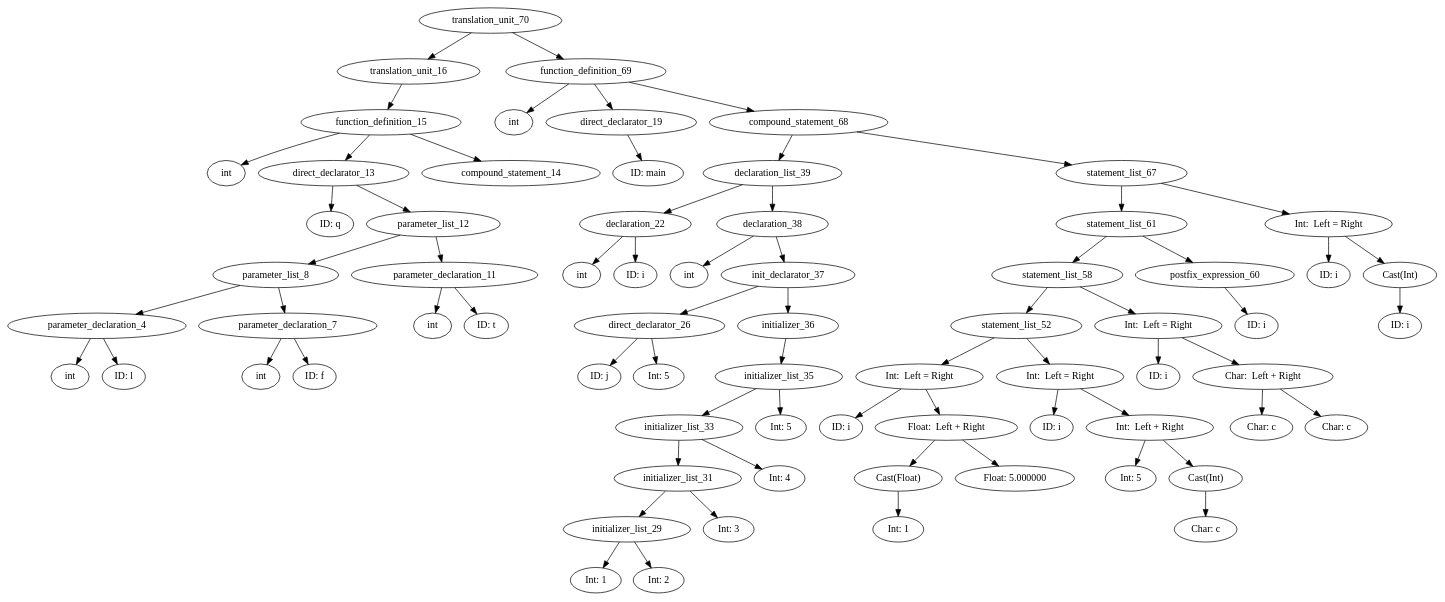
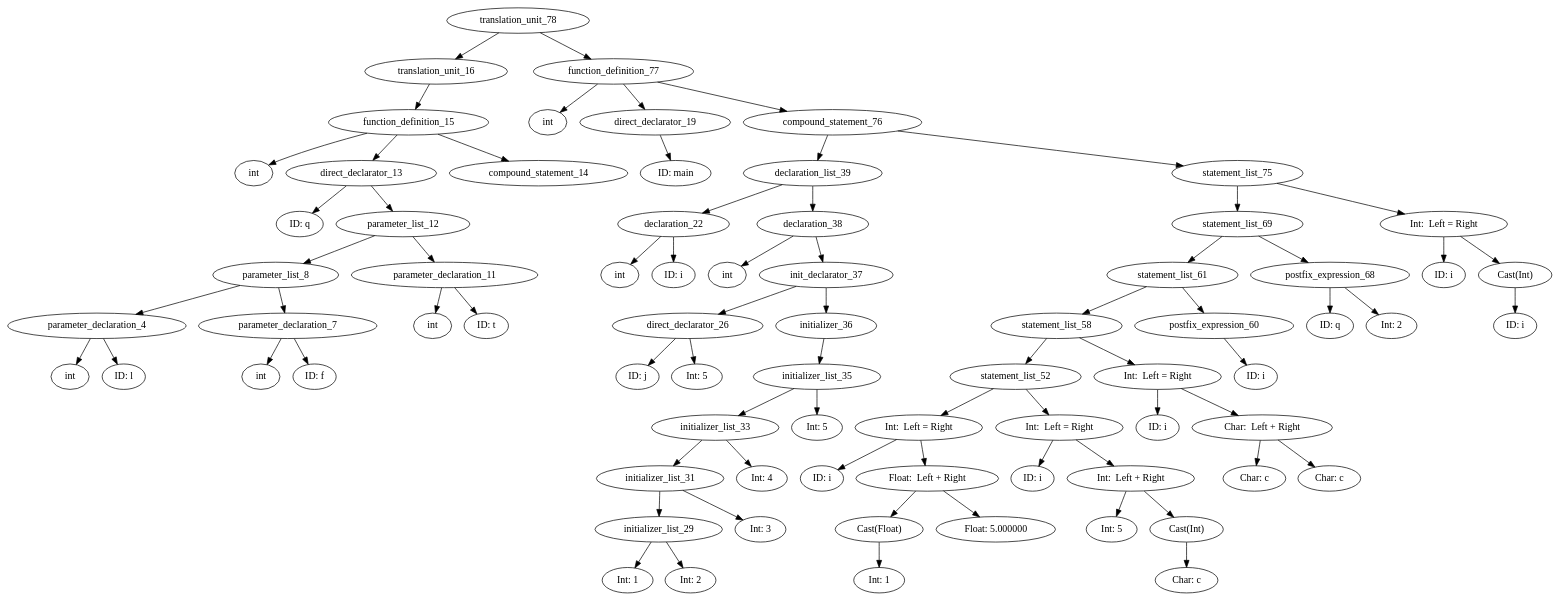
The diagram in graphs/default.gv (ahpalmerUNR/c_compiler), drawn with Graphviz before and after one commit. The commit also changed 2 other files, not shown here.

```diff
--- a/graphs/default.gv
+++ b/graphs/default.gv
@@ -1,113 +1,119 @@
 digraph AST {
-	translation_unit_70 -> translation_unit_16;
+	translation_unit_78 -> translation_unit_16;
 	translation_unit_16 -> function_definition_15;
 	function_definition_15 -> type_specifier_0;
 	type_specifier_0 [label="int"]
 	function_definition_15 -> direct_declarator_13;
 	direct_declarator_13 -> identifier_1;
 	identifier_1 [label="ID: q"]
 	direct_declarator_13 -> parameter_list_12;
 	parameter_list_12 -> parameter_list_8;
 	parameter_list_8 -> parameter_declaration_4;
 	parameter_declaration_4 -> type_specifier_2;
 	type_specifier_2 [label="int"]
 	parameter_declaration_4 -> identifier_3;
 	identifier_3 [label="ID: l"]
 	parameter_list_8 -> parameter_declaration_7;
 	parameter_declaration_7 -> type_specifier_5;
 	type_specifier_5 [label="int"]
 	parameter_declaration_7 -> identifier_6;
 	identifier_6 [label="ID: f"]
 	parameter_list_12 -> parameter_declaration_11;
 	parameter_declaration_11 -> type_specifier_9;
 	type_specifier_9 [label="int"]
 	parameter_declaration_11 -> identifier_10;
 	identifier_10 [label="ID: t"]
 	function_definition_15 -> compound_statement_14;
-	translation_unit_70 -> function_definition_69;
-	function_definition_69 -> type_specifier_17;
+	translation_unit_78 -> function_definition_77;
+	function_definition_77 -> type_specifier_17;
 	type_specifier_17 [label="int"]
-	function_definition_69 -> direct_declarator_19;
+	function_definition_77 -> direct_declarator_19;
 	direct_declarator_19 -> identifier_18;
 	identifier_18 [label="ID: main"]
-	function_definition_69 -> compound_statement_68;
-	compound_statement_68 -> declaration_list_39;
+	function_definition_77 -> compound_statement_76;
+	compound_statement_76 -> declaration_list_39;
 	declaration_list_39 -> declaration_22;
 	declaration_22 -> type_specifier_20;
 	type_specifier_20 [label="int"]
 	declaration_22 -> identifier_21;
 	identifier_21 [label="ID: i"]
 	declaration_list_39 -> declaration_38;
 	declaration_38 -> type_specifier_23;
 	type_specifier_23 [label="int"]
 	declaration_38 -> init_declarator_37;
 	init_declarator_37 -> direct_declarator_26;
 	direct_declarator_26 -> identifier_24;
 	identifier_24 [label="ID: j"]
 	direct_declarator_26 -> constant_25;
 	constant_25 [label="Int: 5"]
 	init_declarator_37 -> initializer_36;
 	initializer_36 -> initializer_list_35;
 	initializer_list_35 -> initializer_list_33;
 	initializer_list_33 -> initializer_list_31;
 	initializer_list_31 -> initializer_list_29;
 	initializer_list_29 -> constant_27;
 	constant_27 [label="Int: 1"]
 	initializer_list_29 -> constant_28;
 	constant_28 [label="Int: 2"]
 	initializer_list_31 -> constant_30;
 	constant_30 [label="Int: 3"]
 	initializer_list_33 -> constant_32;
 	constant_32 [label="Int: 4"]
 	initializer_list_35 -> constant_34;
 	constant_34 [label="Int: 5"]
-	compound_statement_68 -> statement_list_67;
-	statement_list_67 -> statement_list_61;
+	compound_statement_76 -> statement_list_75;
+	statement_list_75 -> statement_list_69;
+	statement_list_69 -> statement_list_61;
 	statement_list_61 -> statement_list_58;
 	statement_list_58 -> statement_list_52;
 	statement_list_52 -> assignment_expression_45;
 	assignment_expression_45 [label="Int:  Left = Right"]
 	assignment_expression_45 -> identifier_40;
 	identifier_40 [label="ID: i"]
 	assignment_expression_45 -> operator_expression_43;
 	operator_expression_43 [label="Float:  Left + Right"]
 	operator_expression_43 -> implicit_cast_44;
 	implicit_cast_44 [label="Cast(Float)"]
 	implicit_cast_44 -> constant_41;
 	constant_41 [label="Int: 1"]
 	operator_expression_43 -> constant_42;
 	constant_42 [label="Float: 5.000000"]
 	statement_list_52 -> assignment_expression_51;
 	assignment_expression_51 [label="Int:  Left = Right"]
 	assignment_expression_51 -> identifier_46;
 	identifier_46 [label="ID: i"]
 	assignment_expression_51 -> operator_expression_49;
 	operator_expression_49 [label="Int:  Left + Right"]
 	operator_expression_49 -> constant_47;
 	constant_47 [label="Int: 5"]
 	operator_expression_49 -> implicit_cast_50;
 	implicit_cast_50 [label="Cast(Int)"]
 	implicit_cast_50 -> constant_48;
 	constant_48 [label="Char: c"]
 	statement_list_58 -> assignment_expression_57;
 	assignment_expression_57 [label="Int:  Left = Right"]
 	assignment_expression_57 -> identifier_53;
 	identifier_53 [label="ID: i"]
 	assignment_expression_57 -> operator_expression_56;
 	operator_expression_56 [label="Char:  Left + Right"]
 	operator_expression_56 -> constant_54;
 	constant_54 [label="Char: c"]
 	operator_expression_56 -> constant_55;
 	constant_55 [label="Char: c"]
 	statement_list_61 -> postfix_expression_60;
 	postfix_expression_60 -> identifier_59;
 	identifier_59 [label="ID: i"]
-	statement_list_67 -> assignment_expression_66;
-	assignment_expression_66 [label="Int:  Left = Right"]
-	assignment_expression_66 -> identifier_62;
-	identifier_62 [label="ID: i"]
-	assignment_expression_66 -> cast_expression65;
-	cast_expression65 [label="Cast(Int)"]
-	cast_expression65 -> identifier_64;
-	identifier_64 [label="ID: i"]
+	statement_list_69 -> postfix_expression_68;
+	postfix_expression_68 -> identifier_62;
+	identifier_62 [label="ID: q"]
+	postfix_expression_68 -> constant_63;
+	constant_63 [label="Int: 2"]
+	statement_list_75 -> assignment_expression_74;
+	assignment_expression_74 [label="Int:  Left = Right"]
+	assignment_expression_74 -> identifier_70;
+	identifier_70 [label="ID: i"]
+	assignment_expression_74 -> cast_expression73;
+	cast_expression73 [label="Cast(Int)"]
+	cast_expression73 -> identifier_72;
+	identifier_72 [label="ID: i"]
 }
```
